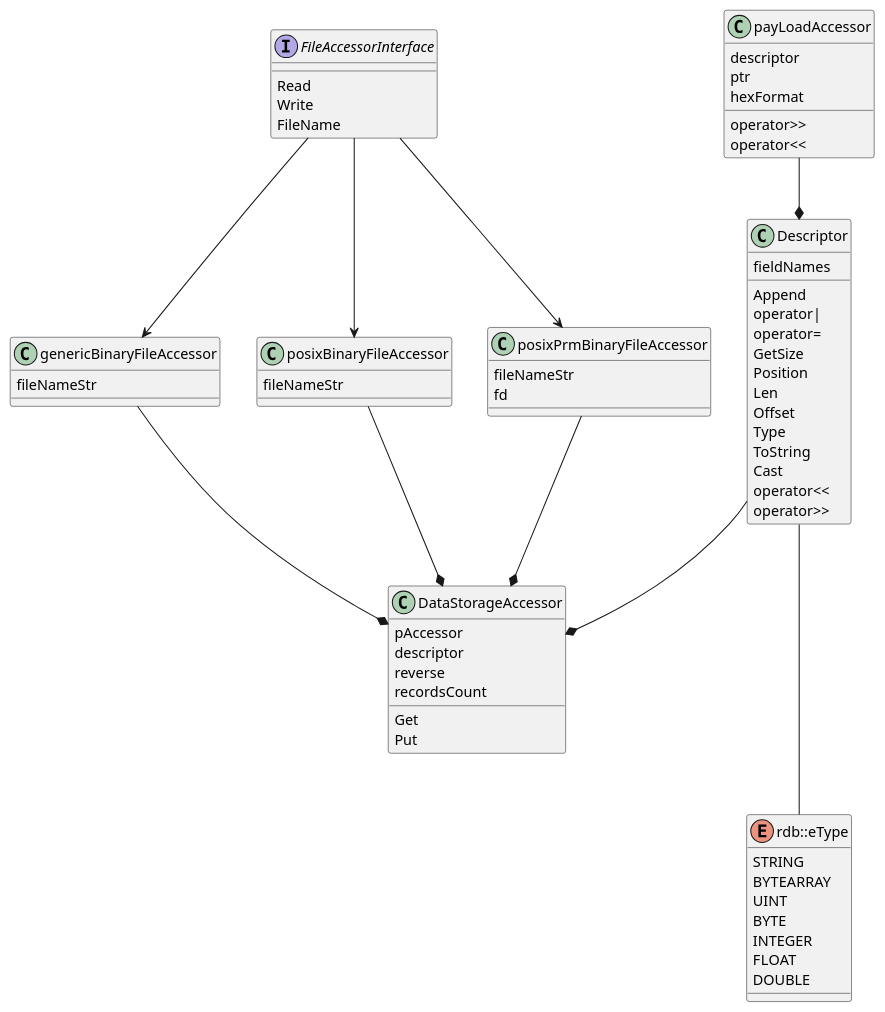
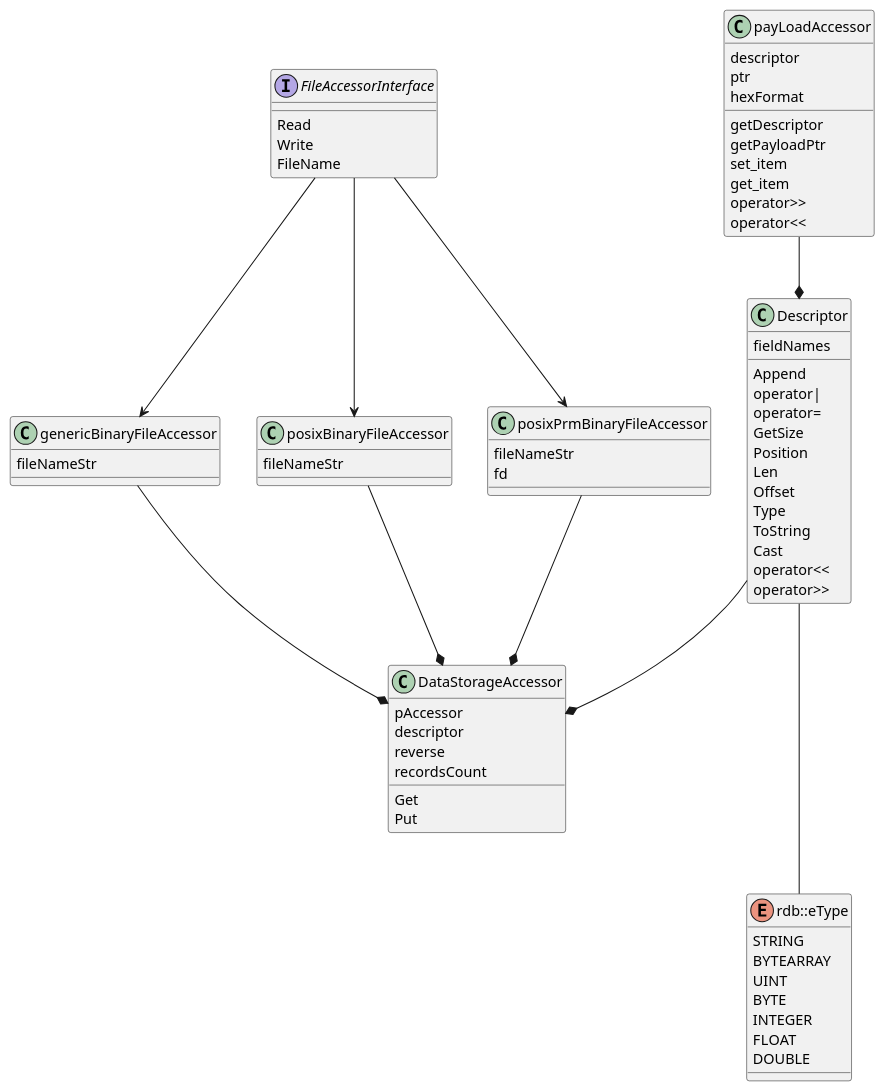
The diagram in src/include/rdb/UML/rdb.puml (michalwidera/retractordb), drawn with PlantUML before and after one commit. The commit also changed 4 other files, not shown here.

Commit message:
rename to get_ set_ item

```diff
--- a/src/include/rdb/UML/rdb.puml
+++ b/src/include/rdb/UML/rdb.puml
@@ -1,84 +1,88 @@
 @startuml
 
 class Descriptor {
     {field} fieldNames
 
     {method} Append
     {method} operator|
     {method} operator=
     {method} GetSize
     {method} Position
     {method} Len
     {method} Offset
     {method} Type
     {method} ToString
     {method} Cast
     {method} operator<<
     {method} operator>>
 }
 
 class genericBinaryFileAccessor {
     {field} fileNameStr
 }
 
 
 class posixBinaryFileAccessor {
     {field} fileNameStr
 }
 
 class posixPrmBinaryFileAccessor {
     {field} fileNameStr
     {field} fd
 }
 
 
 interface FileAccessorInterface {
     {method} Read
     {method} Write
     {method} FileName
 }
 
 class payLoadAccessor {
     {field} descriptor
     {field} ptr
     {field} hexFormat
 
+    {method} getDescriptor
+    {method} getPayloadPtr
+    {method} set_item
+    {method} get_item
     {method} operator>>
     {method} operator<<
 }
 
 class DataStorageAccessor {
     {field} pAccessor
     {field} descriptor
     {field} reverse
     {field} recordsCount
 
     {method} Get
     {method} Put
 }
 
 enum rdb::eType {
     STRING
     BYTEARRAY
     UINT
     BYTE
     INTEGER
     FLOAT
     DOUBLE
 }
 
 FileAccessorInterface --> genericBinaryFileAccessor
 FileAccessorInterface --> posixBinaryFileAccessor
 FileAccessorInterface --> posixPrmBinaryFileAccessor
 
 genericBinaryFileAccessor --* DataStorageAccessor
 posixBinaryFileAccessor --* DataStorageAccessor
 posixPrmBinaryFileAccessor --* DataStorageAccessor
 
 Descriptor --* DataStorageAccessor
 
 Descriptor --- rdb::eType
 
 payLoadAccessor --* Descriptor
 
 @enduml
```
